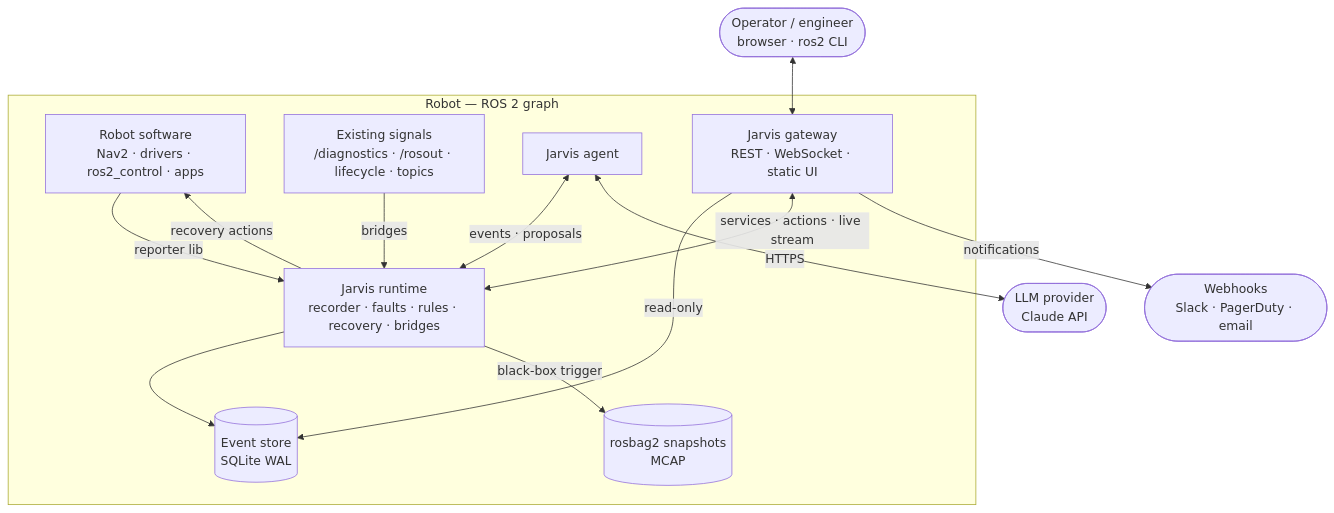
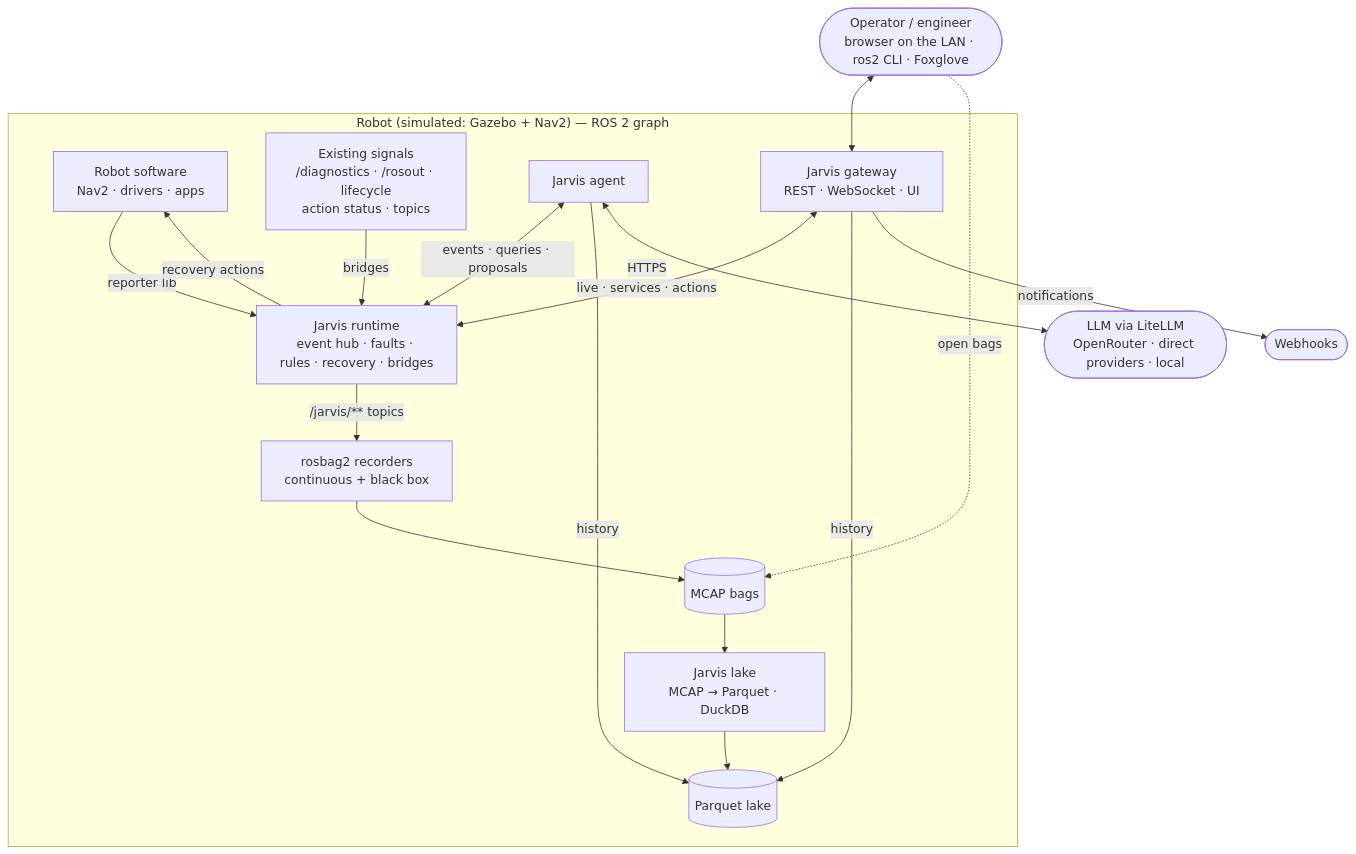
One commit to guilyx/jarvis_ros2 changed the first of 4 diagrams in docs/design/02-architecture.md. Above: the diagram before and after it, drawn with Mermaid. The commit also changed other lines of this file and 20 other files, not shown here.

````diff
--- a/docs/design/02-architecture.md
+++ b/docs/design/02-architecture.md
@@ -24,27 +27,30 @@
 ```mermaid
 flowchart TB
-  subgraph ROBOT["Robot — ROS 2 graph"]
-    APPS["Robot software<br/>Nav2 · drivers · ros2_control · apps"]
-    SIG["Existing signals<br/>/diagnostics · /rosout · lifecycle · topics"]
-    JR["Jarvis runtime<br/>recorder · faults · rules · recovery · bridges"]
+  subgraph ROBOT["Robot (simulated: Gazebo + Nav2) — ROS 2 graph"]
+    APPS["Robot software<br/>Nav2 · drivers · apps"]
+    SIG["Existing signals<br/>/diagnostics · /rosout · lifecycle<br/>action status · topics"]
+    JR["Jarvis runtime<br/>event hub · faults · rules · recovery · bridges"]
+    REC["rosbag2 recorders<br/>continuous + black box"]
+    LAKE["Jarvis lake<br/>MCAP → Parquet · DuckDB"]
     AG["Jarvis agent"]
-    GW["Jarvis gateway<br/>REST · WebSocket · static UI"]
-    DB[("Event store<br/>SQLite WAL")]
-    BAG[("rosbag2 snapshots<br/>MCAP")]
+    GW["Jarvis gateway<br/>REST · WebSocket · UI"]
+    BAG[("MCAP bags")]
+    PQ[("Parquet lake")]
   end
-  OP(["Operator / engineer<br/>browser · ros2 CLI"])
-  LLM(["LLM provider<br/>Claude API"])
-  HOOK(["Webhooks<br/>Slack · PagerDuty · email"])
+  OP(["Operator / engineer<br/>browser on the LAN · ros2 CLI · Foxglove"])
+  LLM(["LLM via LiteLLM<br/>OpenRouter · direct providers · local"])
+  HOOK(["Webhooks"])
 
   APPS -- "reporter lib" --> JR
   SIG -- "bridges" --> JR
-  JR --> DB
   JR -- "recovery actions" --> APPS
-  JR -- "black-box trigger" --> BAG
-  AG <-- "events · proposals" --> JR
+  JR -- "/jarvis/** topics" --> REC --> BAG --> LAKE --> PQ
+  AG <-- "events · queries · proposals" --> JR
+  AG -- "history" --> PQ
   AG <-- "HTTPS" --> LLM
-  GW -- "read-only" --> DB
-  GW <-- "services · actions · live stream" --> JR
+  GW <-- "live · services · actions" --> JR
+  GW -- "history" --> PQ
   GW -- "notifications" --> HOOK
   OP <--> GW
+  OP -. "open bags" .-> BAG
 ```
````
